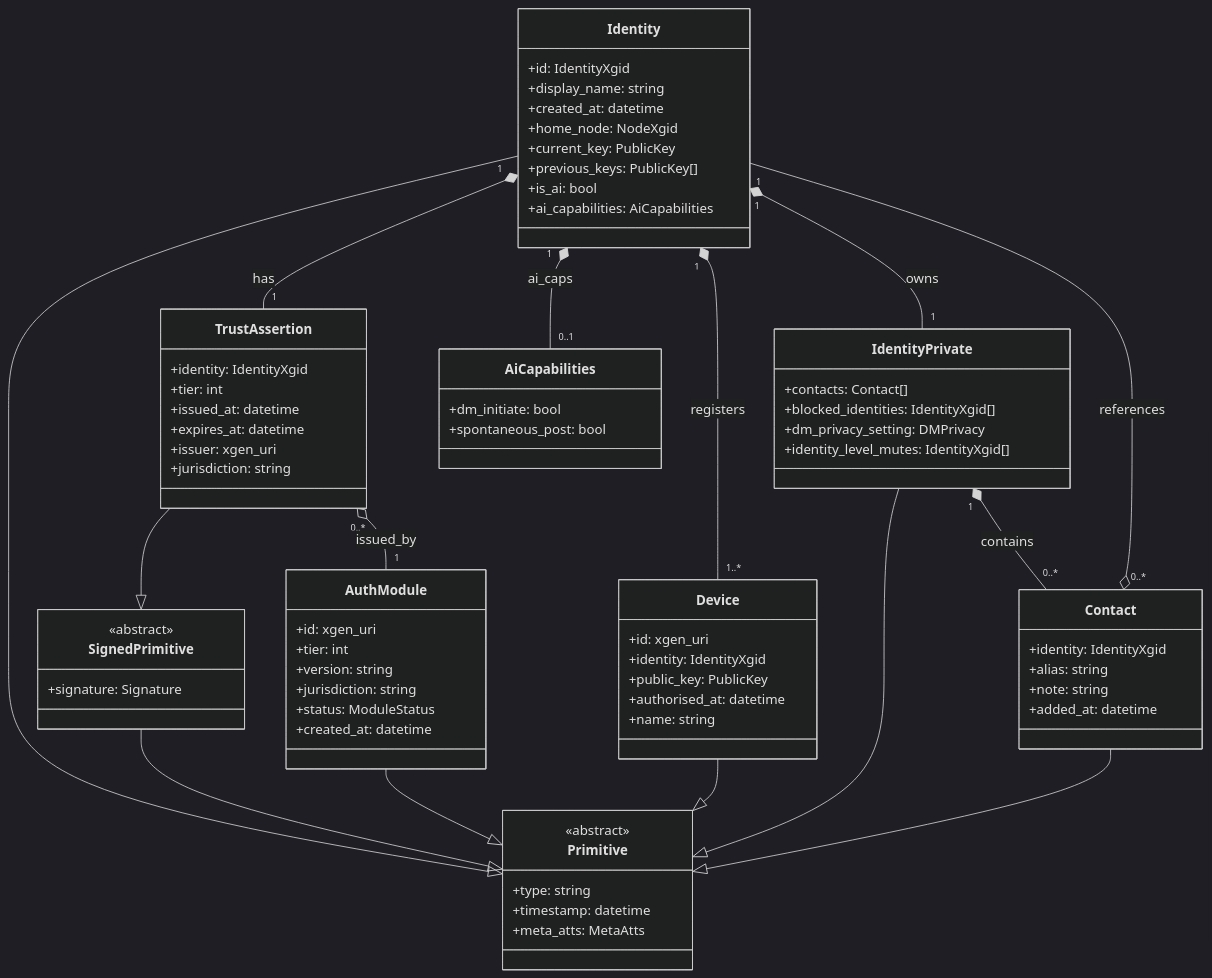
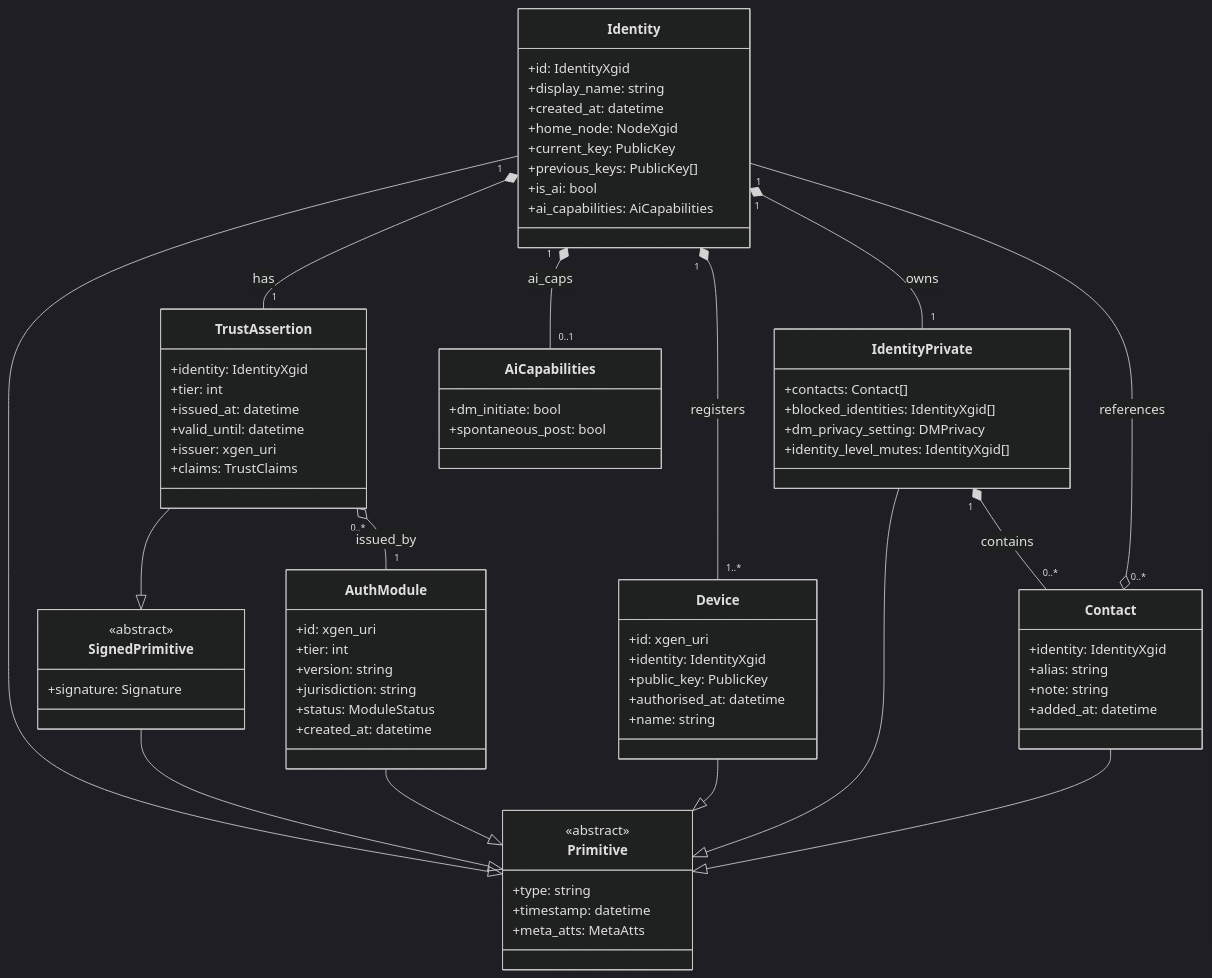
The third of 16 diagrams in docs/xgen_appendix_c_en.md (ianus777/XGenProtocol), drawn with Mermaid (dark theme) before and after one commit. The commit also changed other lines of this file and 8 other files, not shown here.

```diff
--- a/docs/xgen_appendix_c_en.md
+++ b/docs/xgen_appendix_c_en.md
@@ -292,9 +292,9 @@
         +identity: IdentityXgid
         +tier: int
         +issued_at: datetime
-        +expires_at: datetime
+        +valid_until: datetime
         +issuer: xgen_uri
-        +jurisdiction: string
+        +claims: TrustClaims
     }
     class Device {
         +id: xgen_uri
```
